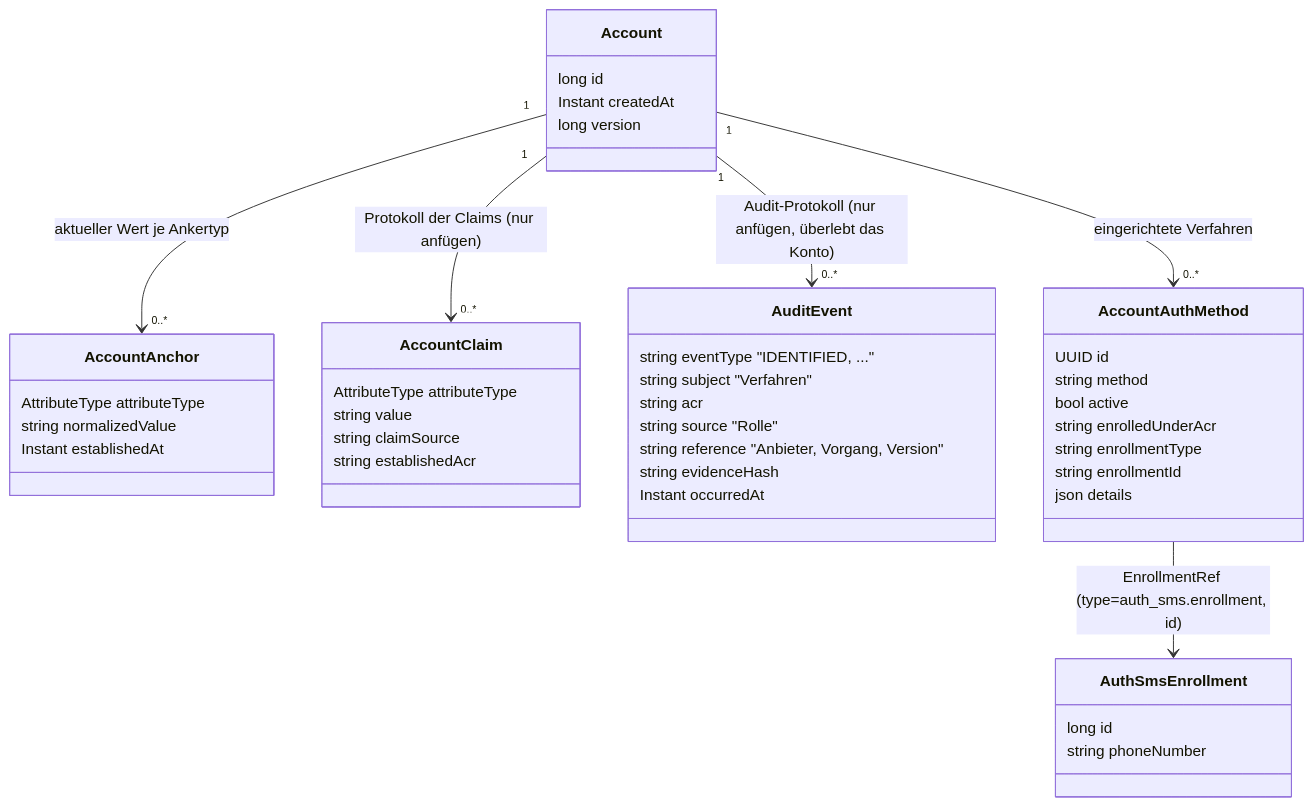
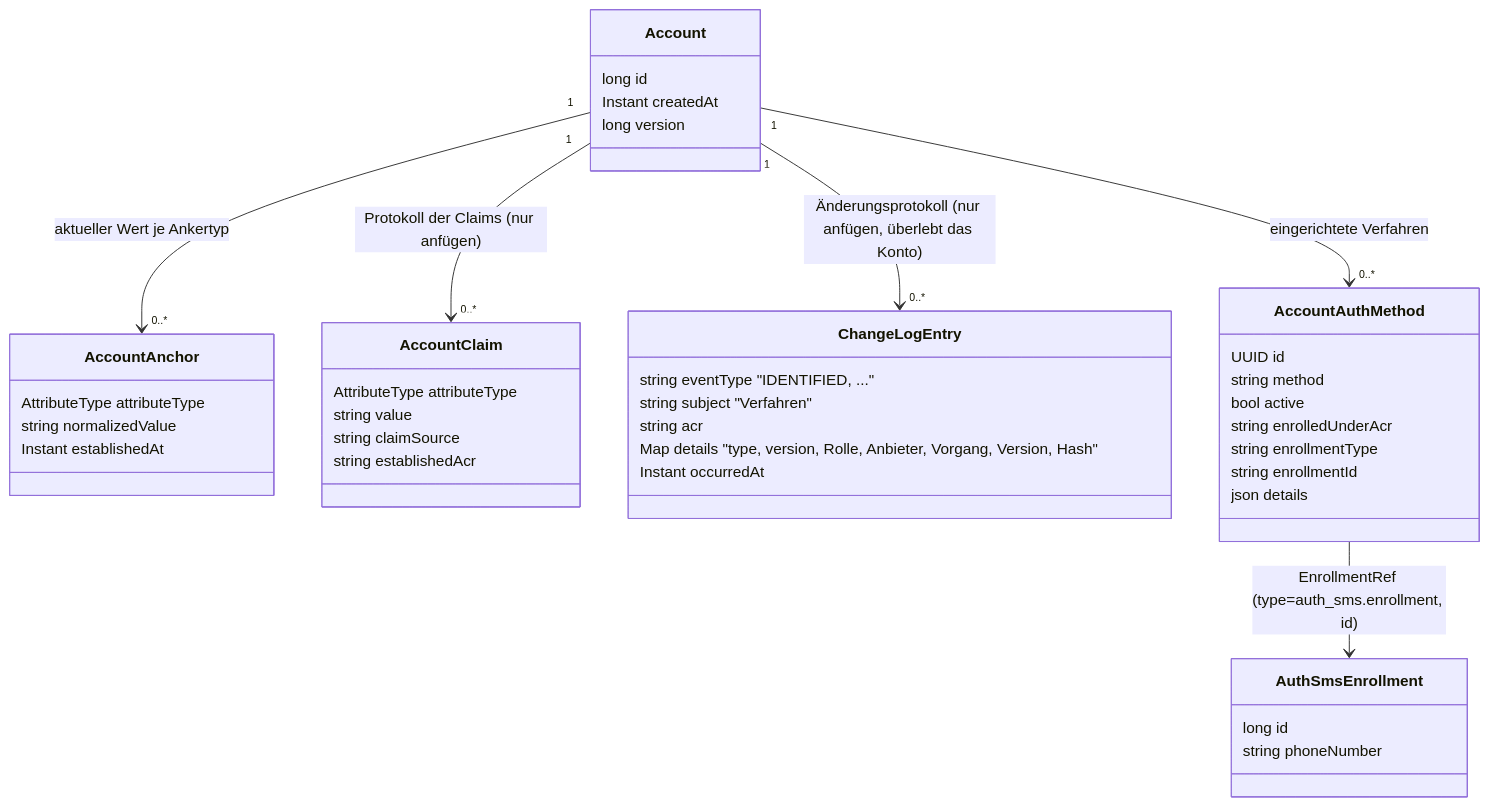
One commit to rpreissel/DPoP-demo changed the diagram in docs/06-ablaeufe.md. Above: the diagram before and after it, drawn with Mermaid. The commit also changed other lines of this file and 45 other files, not shown here.

First line of the commit message:
refactor(account): Aenderungsprotokoll account.change_log mit JSON-details, auth_method.details nur Funktionsdaten (ADR-39, Phase F 29)

````diff
--- a/docs/06-ablaeufe.md
+++ b/docs/06-ablaeufe.md
@@ -20,47 +20,45 @@
 ```mermaid
 classDiagram
   class Account {
     long id
     Instant createdAt
     long version
   }
   class AccountAnchor {
     AttributeType attributeType
     string normalizedValue
     Instant establishedAt
   }
   class AccountClaim {
     AttributeType attributeType
     string value
     string claimSource
     string establishedAcr
   }
-  class AuditEvent {
+  class ChangeLogEntry {
     string eventType "IDENTIFIED, ..."
     string subject "Verfahren"
     string acr
-    string source "Rolle"
-    string reference "Anbieter, Vorgang, Version"
-    string evidenceHash
+    Map details "type, version, Rolle, Anbieter, Vorgang, Version, Hash"
     Instant occurredAt
   }
   class AccountAuthMethod {
     UUID id
     string method
     bool active
     string enrolledUnderAcr
     string enrollmentType
     string enrollmentId
     json details
   }
   class AuthSmsEnrollment {
     long id
     string phoneNumber
   }
 
   Account "1" --> "0..*" AccountAnchor : aktueller Wert je Ankertyp
   Account "1" --> "0..*" AccountClaim : Protokoll der Claims (nur anfügen)
-  Account "1" --> "0..*" AuditEvent : Audit-Protokoll (nur anfügen, überlebt das Konto)
+  Account "1" --> "0..*" ChangeLogEntry : Änderungsprotokoll (nur anfügen, überlebt das Konto)
   Account "1" --> "0..*" AccountAuthMethod : eingerichtete Verfahren
   AccountAuthMethod --> AuthSmsEnrollment : EnrollmentRef (type=auth_sms.enrollment, id)
 ```
````
